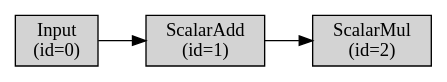
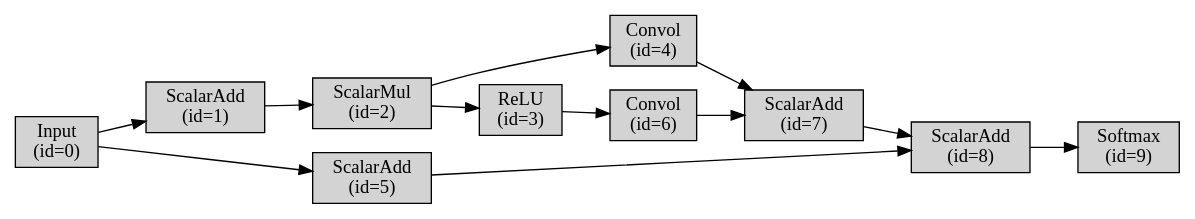
Before and after one commit to canne16/EasyTensor: the diagram in build/network_graph.dot, drawn with Graphviz. The commit also changed 9 other files, not shown here.

```diff
--- a/build/network_graph.dot
+++ b/build/network_graph.dot
@@ -1,9 +1,25 @@
 digraph NeuralNetwork {
     rankdir=LR;
     node [shape=box, style=filled, fillcolor=lightgray];
+    node1 [label="ScalarAdd\n(id=1)"];
+    node5 [label="ScalarAdd\n(id=5)"];
     node0 [label="Input\n(id=0)"];
+    node4 [label="Convol\n(id=4)"];
+    node6 [label="Convol\n(id=6)"];
     node2 [label="ScalarMul\n(id=2)"];
-    node1 [label="ScalarAdd\n(id=1)"];
+    node7 [label="ScalarAdd\n(id=7)"];
+    node8 [label="ScalarAdd\n(id=8)"];
+    node3 [label="ReLU\n(id=3)"];
+    node9 [label="Softmax\n(id=9)"];
+    node1 -> node2;
+    node5 -> node8;
     node0 -> node1;
-    node1 -> node2;
+    node0 -> node5;
+    node4 -> node7;
+    node6 -> node7;
+    node2 -> node3;
+    node2 -> node4;
+    node7 -> node8;
+    node8 -> node9;
+    node3 -> node6;
 }
```
